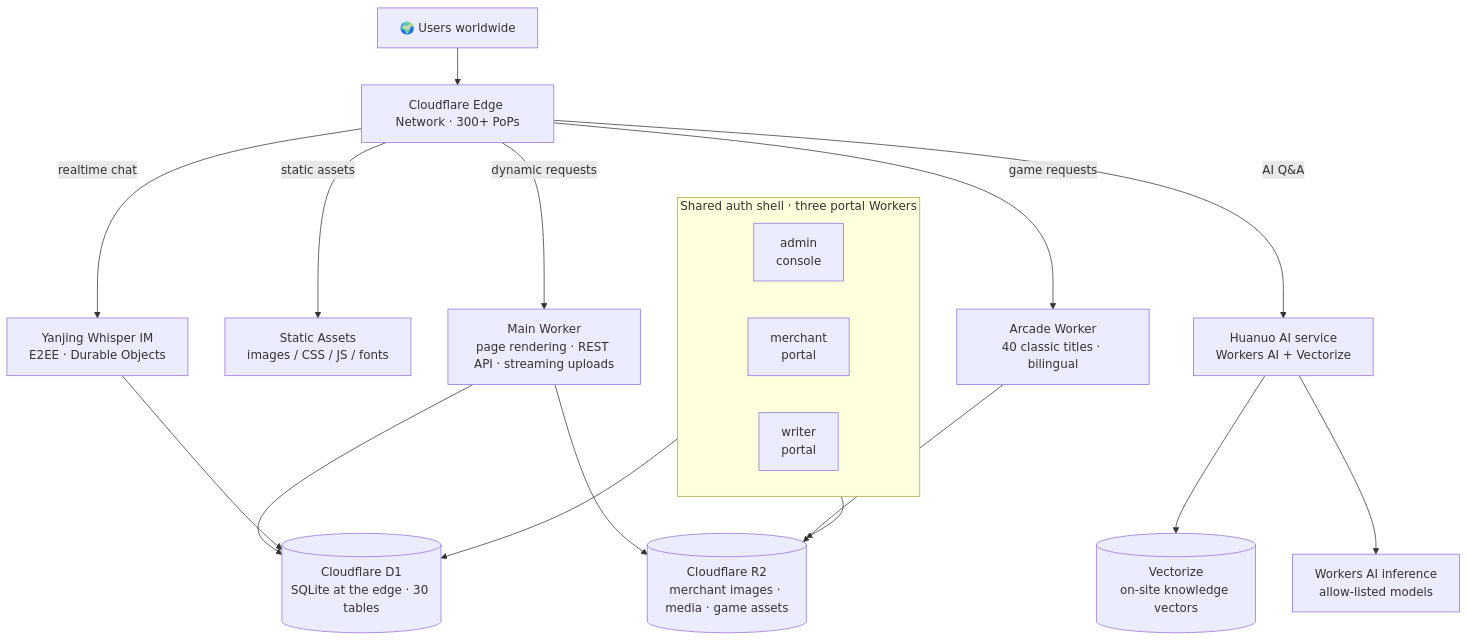
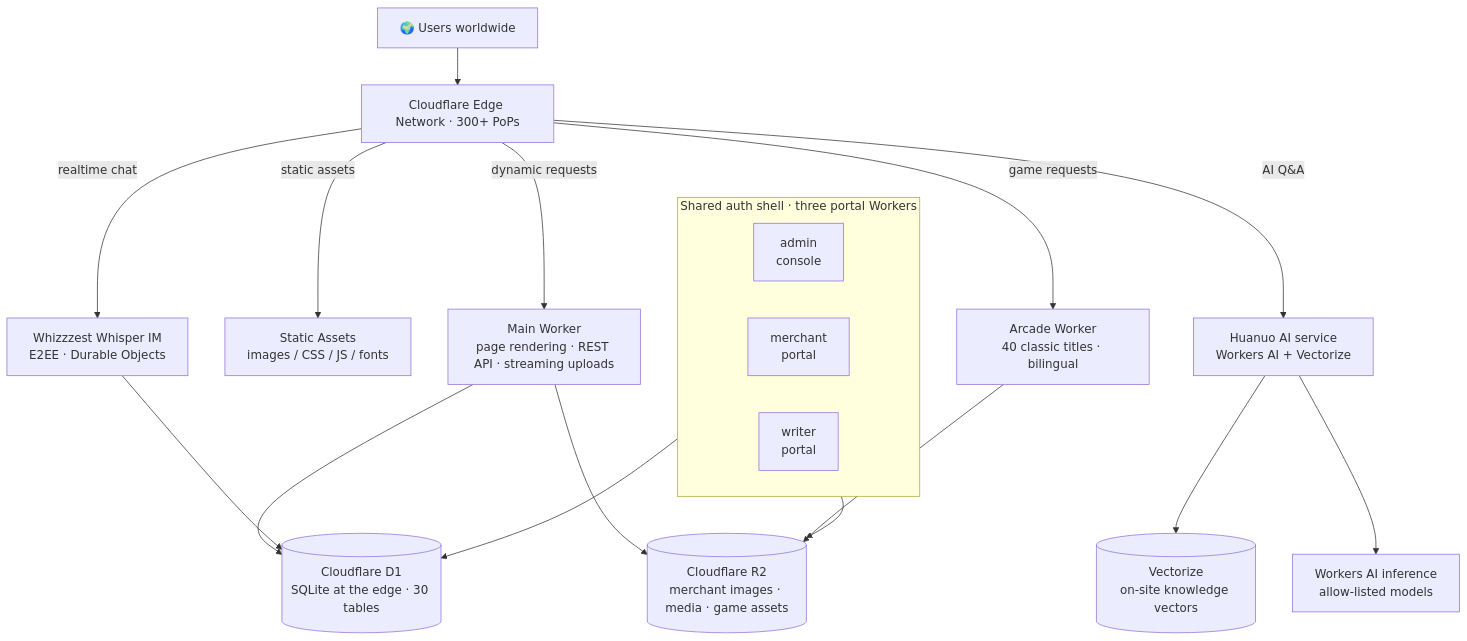
One commit to nathanpenny520/whizzzest.com changed the diagram in README.en.md. Above: the diagram before and after it, drawn with Mermaid. The commit also changed other lines of this file and 3 other files, not shown here.

````diff
--- a/README.en.md
+++ b/README.en.md
@@ -128,28 +128,28 @@
 ```mermaid
 flowchart TB
     U["🌍 Users worldwide"] --> EDGE["Cloudflare Edge Network · 300+ PoPs"]
 
     EDGE -->|"static assets"| ASSETS["Static Assets<br/>images / CSS / JS / fonts"]
     EDGE -->|"dynamic requests"| MAIN["Main Worker<br/>page rendering · REST API · streaming uploads"]
     EDGE -->|"AI Q&A"| AIW["Huanuo AI service<br/>Workers AI + Vectorize"]
-    EDGE -->|"realtime chat"| IM["Yanjing Whisper IM<br/>E2EE · Durable Objects"]
+    EDGE -->|"realtime chat"| IM["Whizzzest Whisper IM<br/>E2EE · Durable Objects"]
     EDGE -->|"game requests"| GAME["Arcade Worker<br/>40 classic titles · bilingual"]
 
     MAIN --> D1[("Cloudflare D1<br/>SQLite at the edge · 30 tables")]
     MAIN --> R2[("Cloudflare R2<br/>merchant images · media · game assets")]
 
     subgraph PORTALS["Shared auth shell · three portal Workers"]
         direction LR
         ADMIN["admin<br/>console"]
         MER["merchant<br/>portal"]
         WRI["writer<br/>portal"]
     end
 
     AIW --> VEC[("Vectorize<br/>on-site knowledge vectors")]
     AIW --> MODELS["Workers AI inference<br/>allow-listed models"]
 
     PORTALS --> D1
     MER --> R2
     IM --> D1
     GAME --> R2
 ```
````
